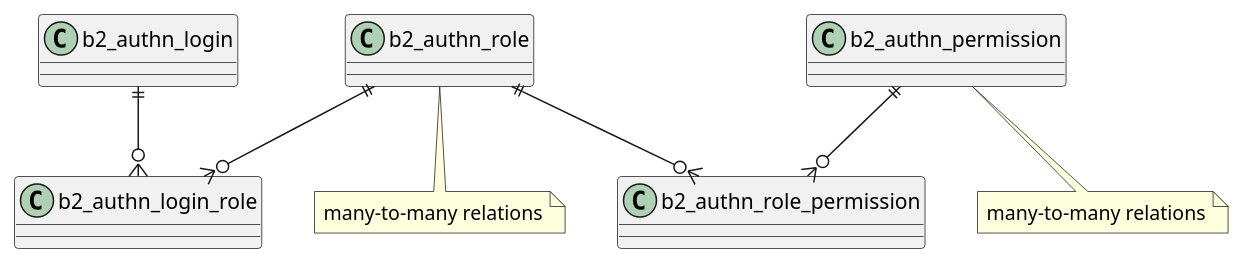
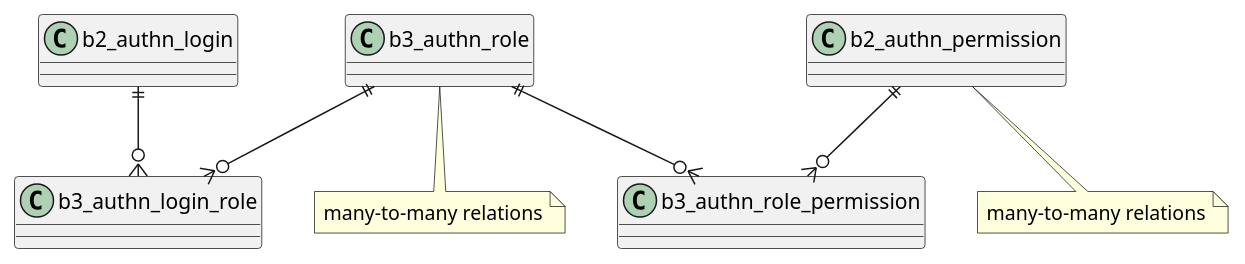
Before and after one commit to bestia-dev/authentication_database_web_ui: the first of 2 diagrams in README.md, drawn with PlantUML. The commit also changed other lines of this file and 29 other files, not shown here.

````diff
--- a/README.md
+++ b/README.md
@@ -74,19 +74,19 @@
 ```plantuml
 @startuml name = "plantuml_authorization"
 
-b2_authn_login ||--o{ b2_authn_login_role
-b2_authn_role ||--o{ b2_authn_login_role
+b2_authn_login ||--o{ b3_authn_login_role
+b3_authn_role ||--o{ b3_authn_login_role
 
 note bottom
   many-to-many relations
 end note
 
-b2_authn_role ||--o{ b2_authn_role_permission
-b2_authn_permission ||--o{ b2_authn_role_permission
+b3_authn_role ||--o{ b3_authn_role_permission
+b2_authn_permission ||--o{ b3_authn_role_permission
 
 note bottom
   many-to-many relations
 end note
 
 @enduml
 ```
````
